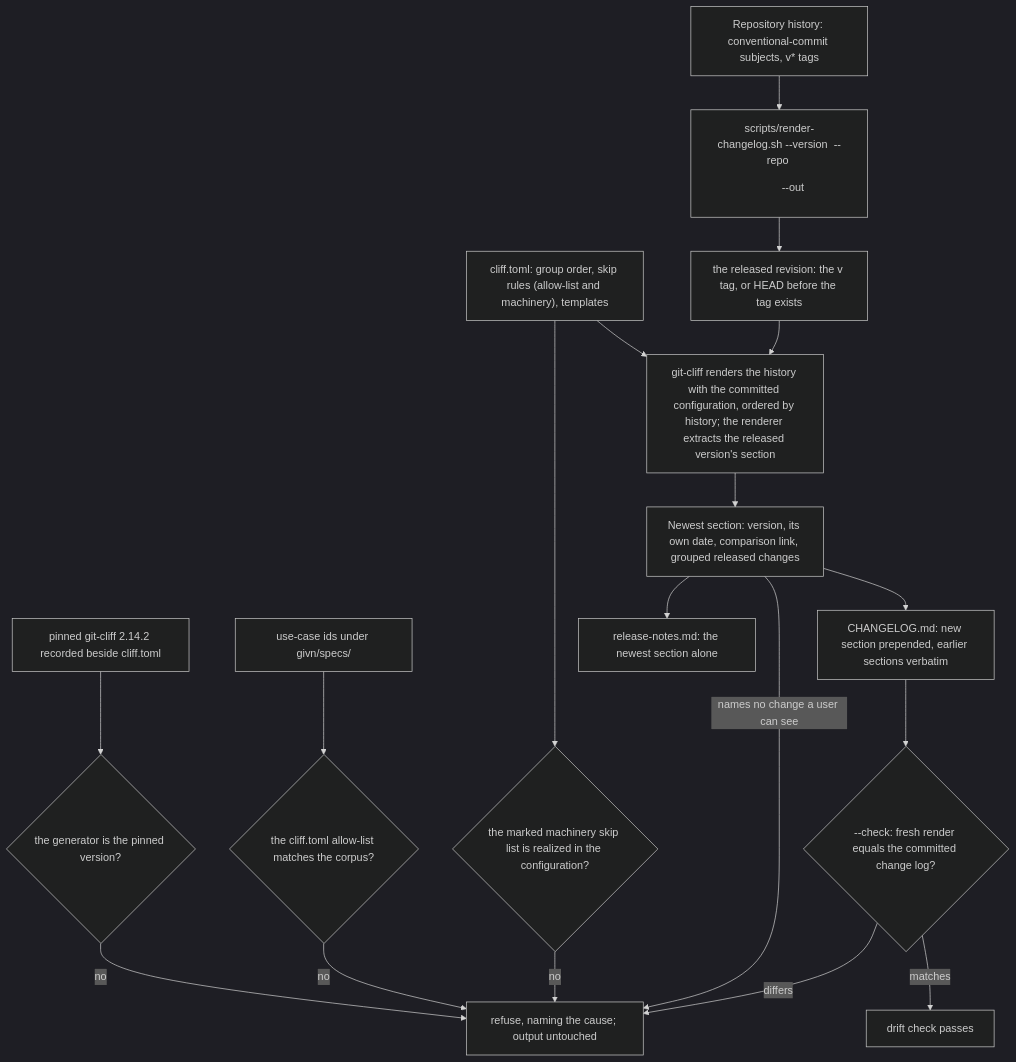
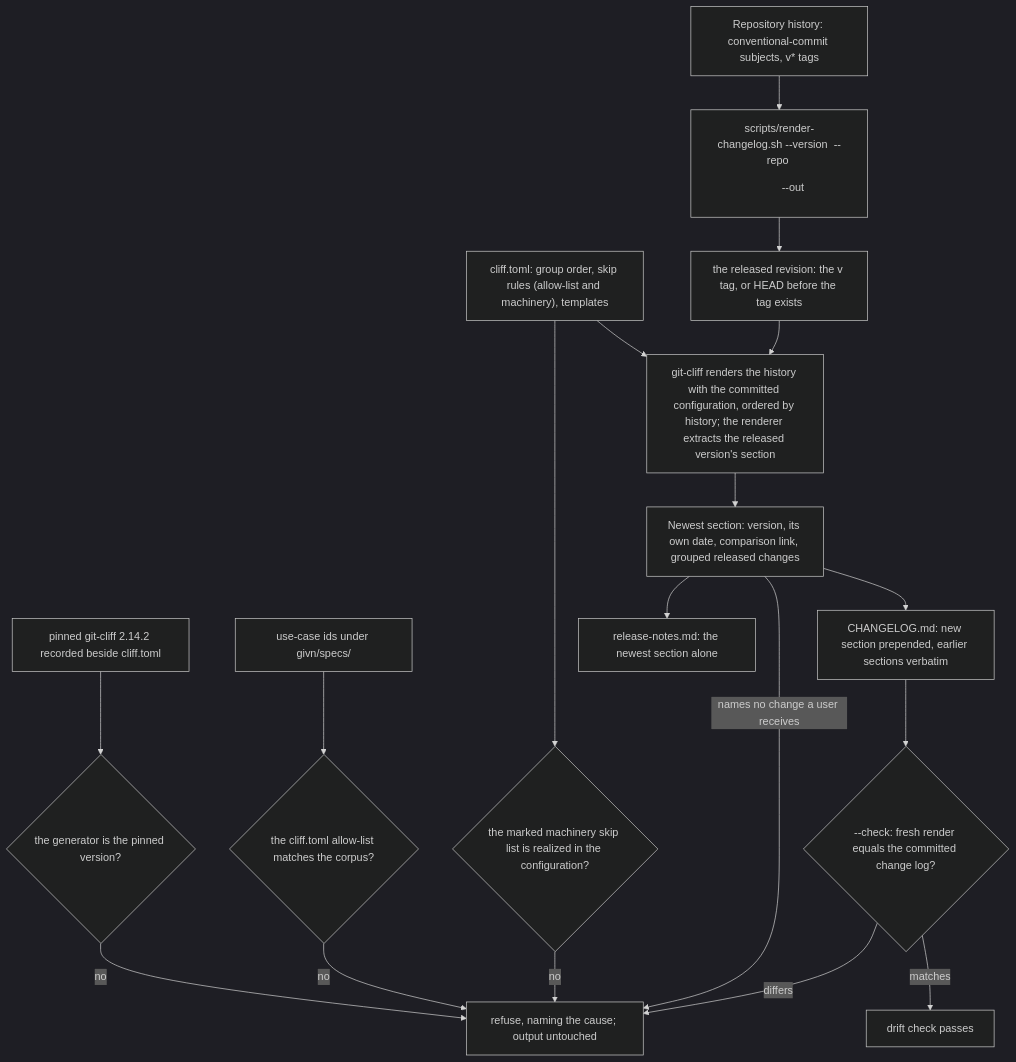
The fifth of 6 diagrams in docs/arc42/06-runtime-view.md (duty2cal/duty2cal), drawn with Mermaid (dark theme) before and after one commit. The commit also changed other lines of this file and 20 other files, not shown here.

````diff
--- a/docs/arc42/06-runtime-view.md
+++ b/docs/arc42/06-runtime-view.md
@@ -119,20 +119,20 @@
 ```mermaid
 flowchart TB
   hist["Repository history: conventional-commit subjects, v* tags"] --> render["scripts/render-changelog.sh --version <v> --repo <dir> --out <path>"]
   pin["pinned git-cliff 2.14.2 recorded beside cliff.toml"] --> tool{"the generator is the pinned version?"}
   corpus["use-case ids under givn/specs/"] --> allow{"the cliff.toml allow-list matches the corpus?"}
   config["cliff.toml: group order, skip rules (allow-list and machinery), templates"] --> cliff
   config --> machinery{"the marked machinery skip list is realized in the configuration?"}
   tool -->|"no"| refuse["refuse, naming the cause; output untouched"]
   allow -->|"no"| refuse
   machinery -->|"no"| refuse
   render --> released["the released revision: the v<version> tag, or HEAD before the tag exists"]
   released --> cliff["git-cliff renders the history with the committed configuration, ordered by history; the renderer extracts the released version's section"]
   cliff --> sect["Newest section: version, its own date, comparison link, grouped released changes"]
-  sect -->|"names no change a user can see"| refuse
+  sect -->|"names no change a user receives"| refuse
   sect --> log["CHANGELOG.md: new section prepended, earlier sections verbatim"]
   sect --> text["release-notes.md: the newest section alone"]
   log --> drift{"--check: fresh render equals the committed change log?"}
   drift -->|"differs"| refuse
   drift -->|"matches"| ok["drift check passes"]
 ```
````
